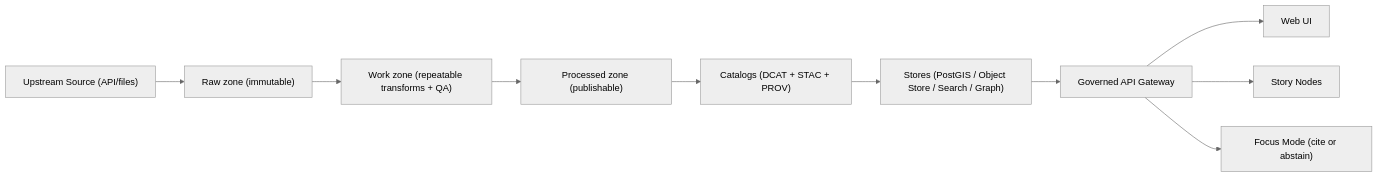
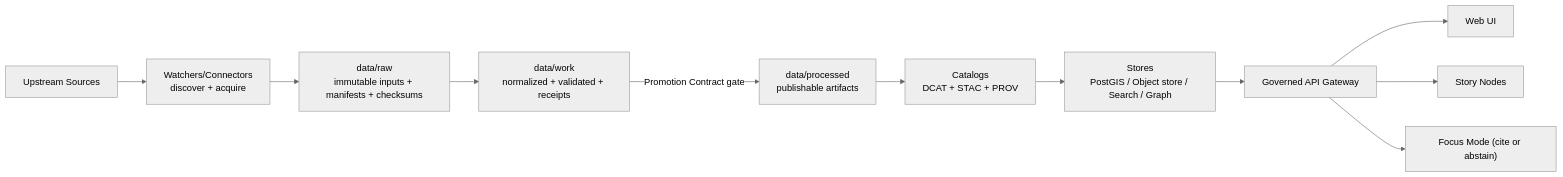
Before and after one commit to bartytime4life/Kansas-Frontier-Matrix: the diagram in pipelines/README.md, drawn with Mermaid (neutral theme). The commit also changed other lines of this file, not shown here.

````diff
--- a/pipelines/README.md
+++ b/pipelines/README.md
@@ -131,12 +212,13 @@
 ```mermaid
 flowchart LR
-  S["Upstream Source (API/files)"] --> R["Raw zone (immutable)"]
-  R --> W["Work zone (repeatable transforms + QA)"]
-  W --> P["Processed zone (publishable)"]
-  P --> C["Catalogs (DCAT + STAC + PROV)"]
-  C --> STORES["Stores (PostGIS / Object Store / Search / Graph)"]
+  S["Upstream Sources"] --> W["Watchers/Connectors<br/>discover + acquire"]
+  W --> RAW["data/raw<br/>immutable inputs + manifests + checksums"]
+  RAW --> WORK["data/work<br/>normalized + validated + receipts"]
+  WORK -->|Promotion Contract gate| PROC["data/processed<br/>publishable artifacts"]
+  PROC --> CAT["Catalogs<br/>DCAT + STAC + PROV"]
+  CAT --> STORES["Stores<br/>PostGIS / Object store / Search / Graph"]
   STORES --> API["Governed API Gateway"]
   API --> UI["Web UI"]
   API --> STORIES["Story Nodes"]
   API --> FM["Focus Mode (cite or abstain)"]
 ```
````
